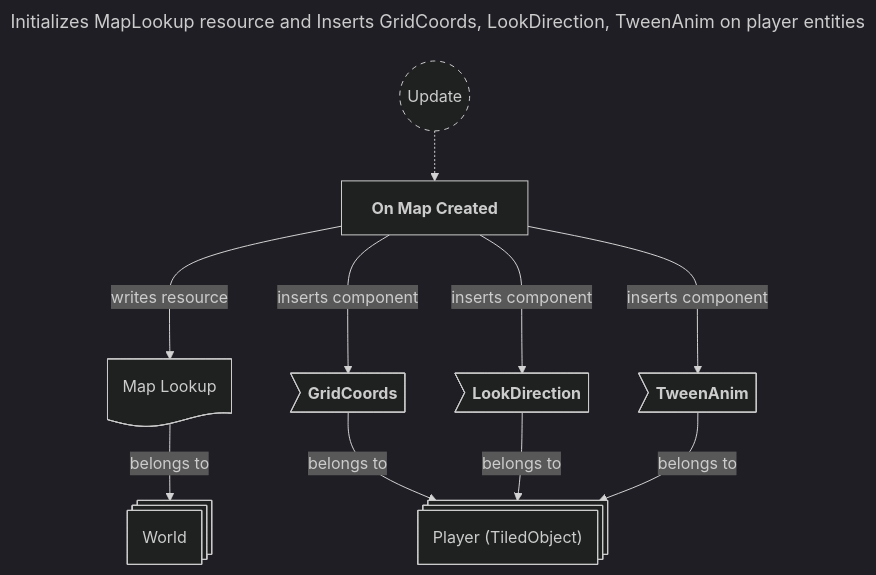
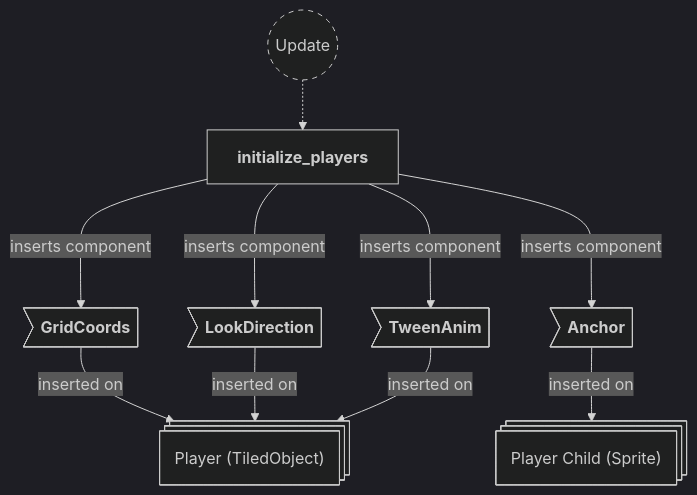
Before and after one commit to neurosoup/tyled: the sixth of 6 diagrams in backlog/docs/doc-3 - 001-Maps-plugin.md, drawn with Mermaid. The commit also changed other lines of this file and 7 other files, not shown here.

````diff
--- a/backlog/docs/doc-3 - 001-Maps-plugin.md
+++ b/backlog/docs/doc-3 - 001-Maps-plugin.md
@@ -152,34 +231,32 @@
 ```mermaid
 ---
-title: Initializes MapLookup resource and Inserts GridCoords, LookDirection, TweenAnim on player entities
 config:
   theme: dark
 ---
 
 flowchart TD
 classDef system-group stroke-dasharray: 5 5
 
 update(("`Update`")):::system-group
-on_map_created["`**On Map Created**`"]
+initialize_players["`**initialize_players**`"]
 
-update -.-> on_map_created
-
-world@{ shape: st-rect, label: "World" }
-map_lookup_res@{ shape: doc, label: "Map Lookup" }
+update -.-> initialize_players
 
 player_entity@{ shape: st-rect, label: "Player (TiledObject)" }
+child_entity@{ shape: st-rect, label: "Player Child (Sprite)" }
 
 pe_grid_coords>"`**GridCoords**`"]
 pe_look_direction>"`**LookDirection**`"]
 pe_tween>"`**TweenAnim**`"]
+ce_anchor>"`**Anchor**`"]
 
-map_lookup_res --> |belongs to| world
-pe_grid_coords --> |belongs to| player_entity
-pe_look_direction --> |belongs to| player_entity
-pe_tween --> |belongs to| player_entity
+pe_grid_coords --> |inserted on| player_entity
+pe_look_direction --> |inserted on| player_entity
+pe_tween --> |inserted on| player_entity
+ce_anchor --> |inserted on| child_entity
 
-on_map_created ---> |writes resource| map_lookup_res
-on_map_created ---> |inserts component| pe_grid_coords
-on_map_created ---> |inserts component| pe_look_direction
-on_map_created ---> |inserts component| pe_tween
+initialize_players ---> |inserts component| pe_grid_coords
+initialize_players ---> |inserts component| pe_look_direction
+initialize_players ---> |inserts component| pe_tween
+initialize_players ---> |inserts component| ce_anchor
 ```
````
